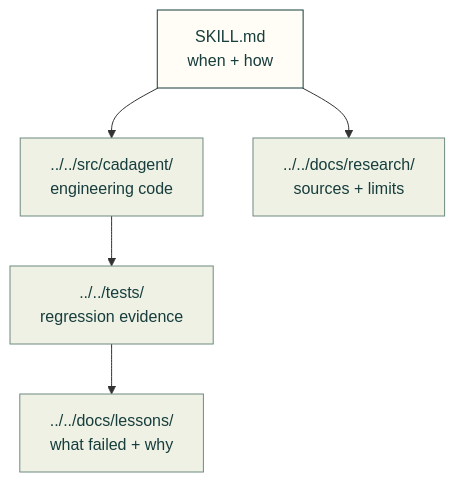
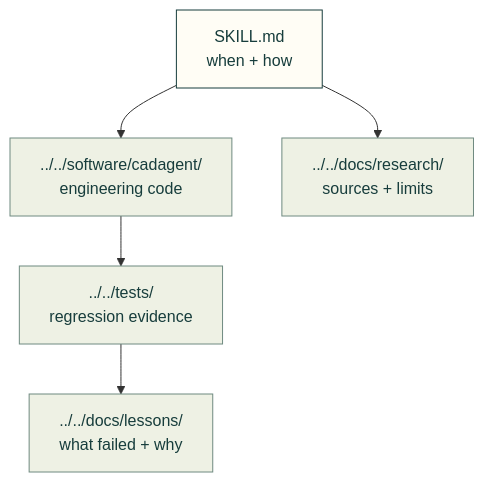
Before and after one commit to Valpatel/cad-agent: the diagram in .agents/skills/README.md, drawn with Mermaid. The commit also changed 5109 other files, not shown here.

````diff
--- a/.agents/skills/README.md
+++ b/.agents/skills/README.md
@@ -7,11 +7,11 @@
 ```mermaid
 flowchart TD
-    S["SKILL.md<br/>when + how"] --> C["../../src/cadagent/<br/>engineering code"]
+    S["SKILL.md<br/>when + how"] --> C["../../software/cadagent/<br/>engineering code"]
     S --> R["../../docs/research/<br/>sources + limits"]
     C --> T["../../tests/<br/>regression evidence"]
     T --> L["../../docs/lessons/<br/>what failed + why"]
     classDef here fill:#fffdf5,stroke:#173d3c,color:#173d3c
     classDef near fill:#eef1e4,stroke:#6f8a80,color:#173d3c
     class S here
     class C,R,T,L near
 ```
````
